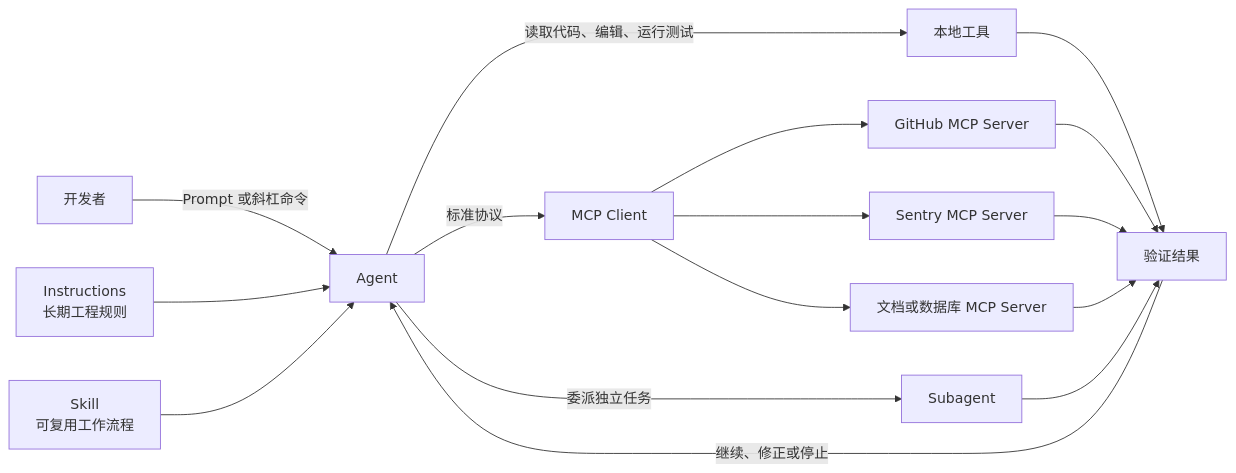
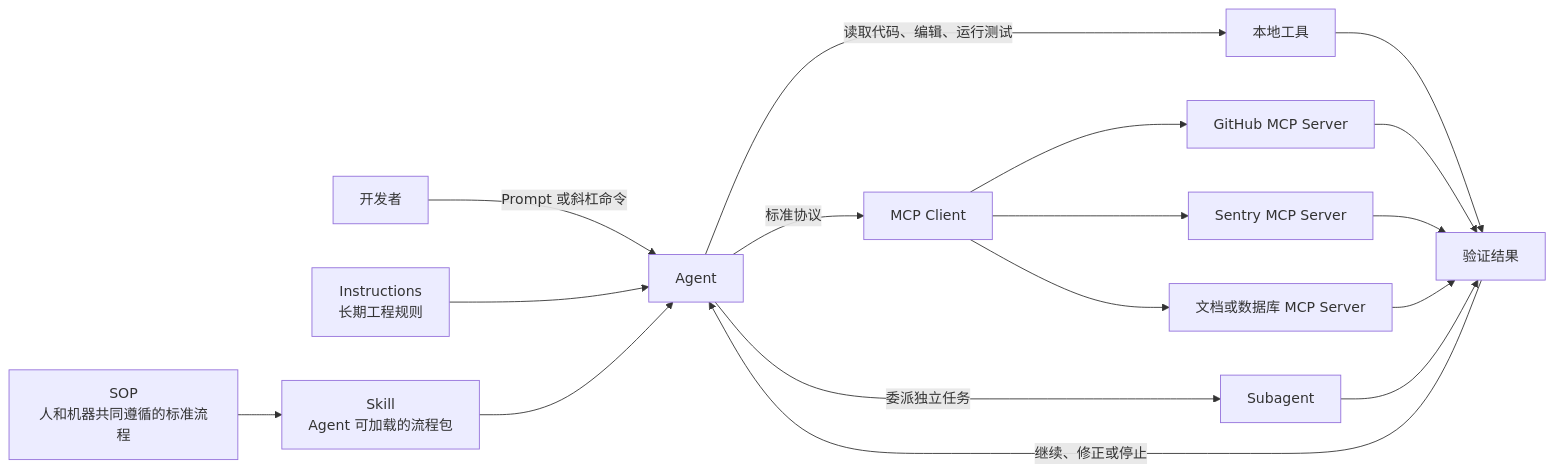
Before and after one commit to jack20170608/ai-devops-improve: the first of 8 diagrams in 00-ai-common/06-ai-software-development-concepts.md, drawn with Mermaid. The commit also changed other lines of this file and 2 other files, not shown here.

````diff
--- a/00-ai-common/06-ai-software-development-concepts.md
+++ b/00-ai-common/06-ai-software-development-concepts.md
@@ -15,18 +15,19 @@
 ```mermaid
 flowchart LR
     U[开发者] -->|Prompt 或斜杠命令| A[Agent]
     I[Instructions<br/>长期工程规则] --> A
-    S[Skill<br/>可复用工作流程] --> A
+    SOP[SOP<br/>人和机器共同遵循的标准流程] --> S[Skill<br/>Agent 可加载的流程包]
+    S --> A
     A -->|读取代码、编辑、运行测试| L[本地工具]
     A -->|标准协议| M[MCP Client]
     M --> G[GitHub MCP Server]
     M --> E[Sentry MCP Server]
     M --> D[文档或数据库 MCP Server]
     A -->|委派独立任务| SA[Subagent]
     L --> V[验证结果]
     G --> V
     E --> V
     D --> V
     SA --> V
     V -->|继续、修正或停止| A
 ```
````
